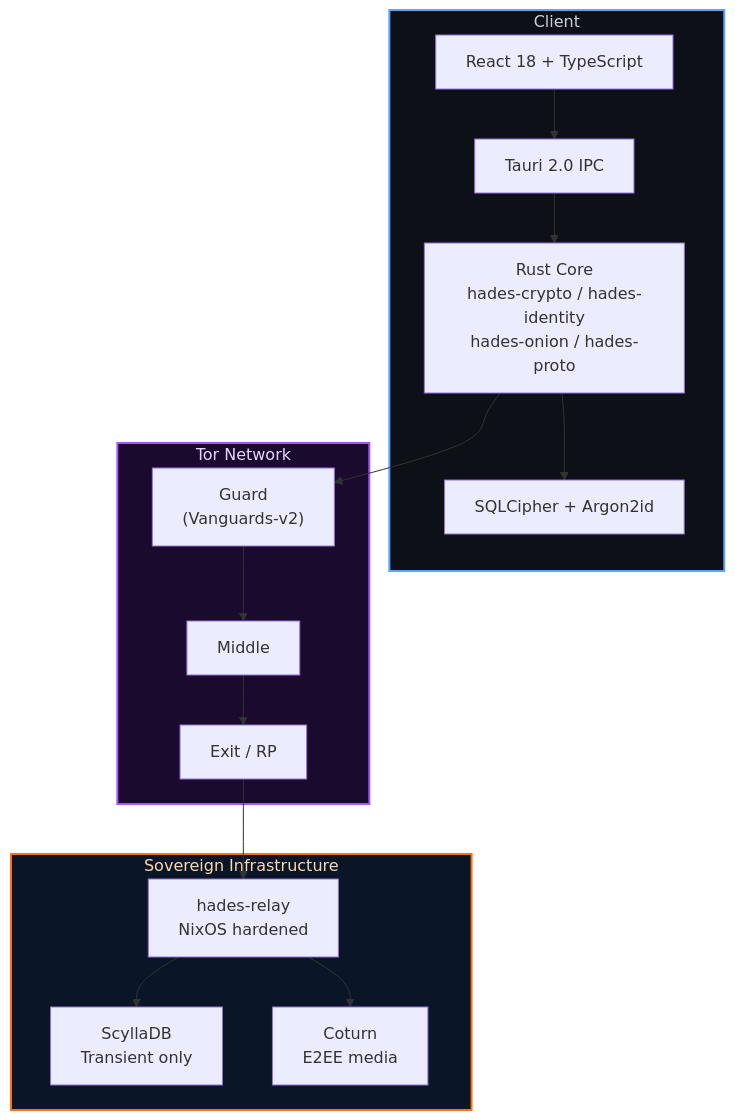
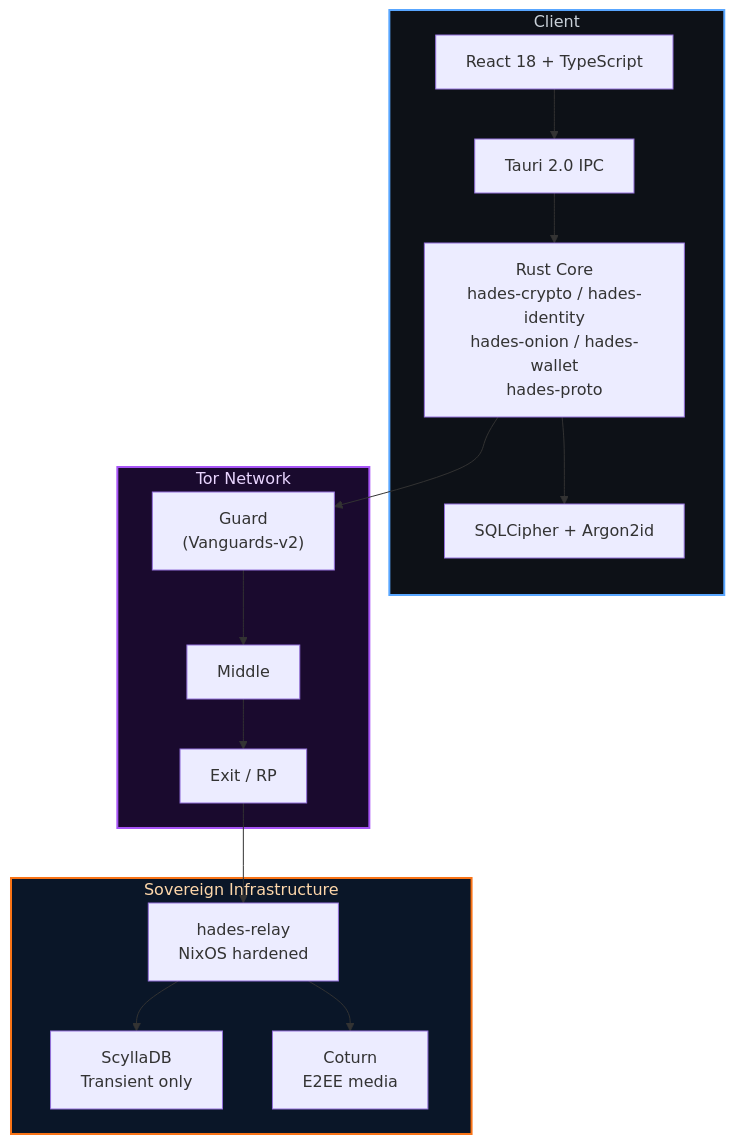
One commit to Ashutosh0x/hades-messaging changed the first of 5 diagrams in readme.md. Above: the diagram before and after it, drawn with Mermaid. The commit also changed other lines of this file and 99 other files, not shown here.

````diff
--- a/readme.md
+++ b/readme.md
@@ -179,28 +315,28 @@
 ```mermaid
 graph TB
     subgraph CLIENT["Client"]
         UI["React 18 + TypeScript"]
         BRIDGE["Tauri 2.0 IPC"]
-        CORE["Rust Core<br/>hades-crypto / hades-identity<br/>hades-onion / hades-proto"]
+        CORE["Rust Core<br/>hades-crypto / hades-identity<br/>hades-onion / hades-wallet<br/>hades-proto"]
         STORE["SQLCipher + Argon2id"]
     end
 
     subgraph TOR["Tor Network"]
         G["Guard<br/>(Vanguards-v2)"] --> M["Middle"] --> E["Exit / RP"]
     end
 
     subgraph INFRA["Sovereign Infrastructure"]
         RELAY["hades-relay<br/>NixOS hardened"]
         SCYLLA["ScyllaDB<br/>Transient only"]
         COTURN["Coturn<br/>E2EE media"]
     end
 
     UI --> BRIDGE --> CORE --> STORE
     CORE --> G
     E --> RELAY --> SCYLLA
     RELAY --> COTURN
 
     style CLIENT fill:#0d1117,stroke:#58a6ff,stroke-width:2px,color:#c9d1d9
     style TOR fill:#1a0a2e,stroke:#a855f7,stroke-width:2px,color:#e9d5ff
     style INFRA fill:#0a1628,stroke:#f97316,stroke-width:2px,color:#fed7aa
 ```
````
